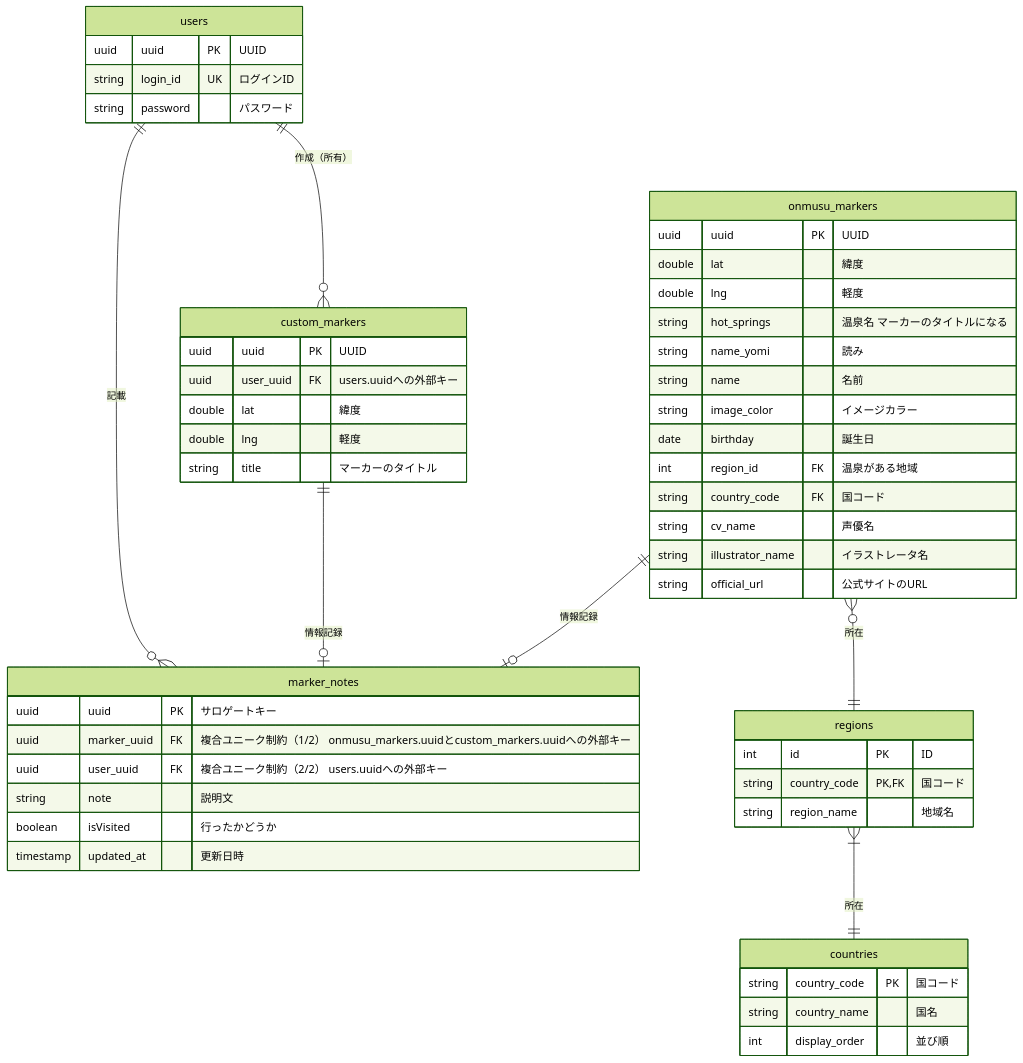
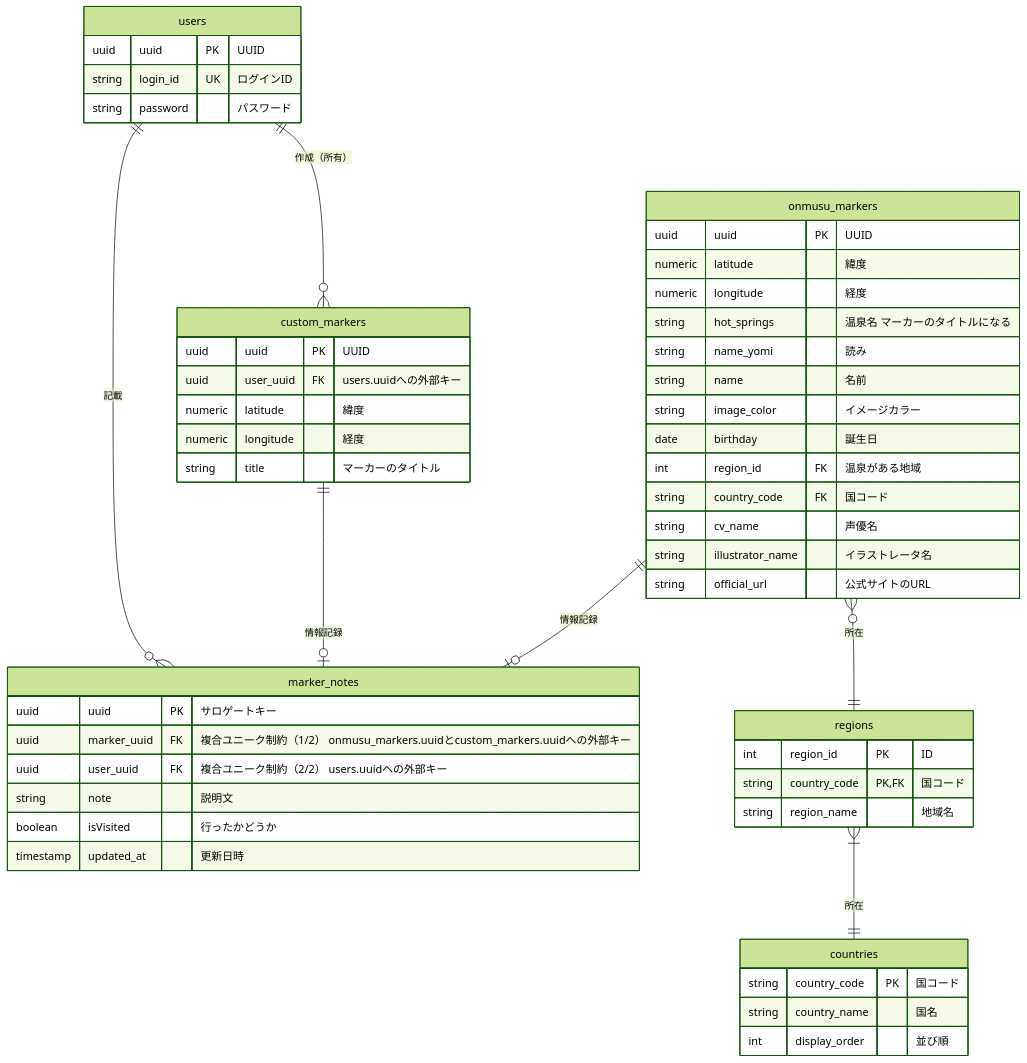
One commit to cappucappu/onmusu-map changed the diagram in docs/MEMO.md. Above: the diagram before and after it, drawn with Mermaid (forest theme).

Commit message:
docs:メモの更新

````diff
--- a/docs/MEMO.md
+++ b/docs/MEMO.md
@@ -30,68 +30,68 @@
 ```mermaid
 erDiagram
     %% 関係の定義
     users ||--o{ custom_markers: "作成（所有）"
     users ||--o{ marker_notes: "記載"
     onmusu_markers }o--|| regions : "所在"
     regions }|--|| countries : "所在"
     custom_markers ||--o| marker_notes: "情報記録"
     onmusu_markers ||--o| marker_notes: "情報記録"
     
     
     %% テーブル情報の定義
     onmusu_markers {
         uuid uuid PK "UUID"
-        double lat "緯度"
-        double lng "軽度"
+        numeric latitude "緯度"
+        numeric longitude "経度"
         string hot_springs "温泉名 マーカーのタイトルになる"
         string name_yomi"読み"
         string name "名前"
         string image_color "イメージカラー"
         date birthday "誕生日"
         int region_id FK "温泉がある地域"
         string country_code FK "国コード"
         string cv_name "声優名"
         string illustrator_name "イラストレータ名"
         string official_url "公式サイトのURL"
     }
     
     %% 地域
     regions {
-        int id PK "ID"
+        int region_id PK "ID"
         string country_code PK,FK "国コード"
         string region_name "地域名"
     }
     
     %% 国
     countries {
         string country_code PK "国コード"
         string country_name "国名"
         int display_order "並び順"
     }
     
     %% 地図上に表示するマーカーの情報
     custom_markers {
         uuid uuid PK "UUID"
         uuid user_uuid FK "users.uuidへの外部キー"
-        double lat "緯度"
-        double lng "軽度"
+        numeric latitude "緯度"
+        numeric longitude "経度"
         string title "マーカーのタイトル"
     }
     
     %% ユーザーがマーカーに付与する情報
     marker_notes{
         uuid uuid PK "サロゲートキー"
         uuid marker_uuid FK "複合ユニーク制約（1/2） onmusu_markers.uuidとcustom_markers.uuidへの外部キー"
         uuid user_uuid FK "複合ユニーク制約（2/2） users.uuidへの外部キー"
         string note "説明文"
         boolean isVisited "行ったかどうか"
         timestamp updated_at "更新日時"
     }
     
     %% ユーザマスタ
     users {
         uuid uuid PK "UUID"
         string login_id UK "ログインID"
         string password "パスワード"
     }
 ```
````
